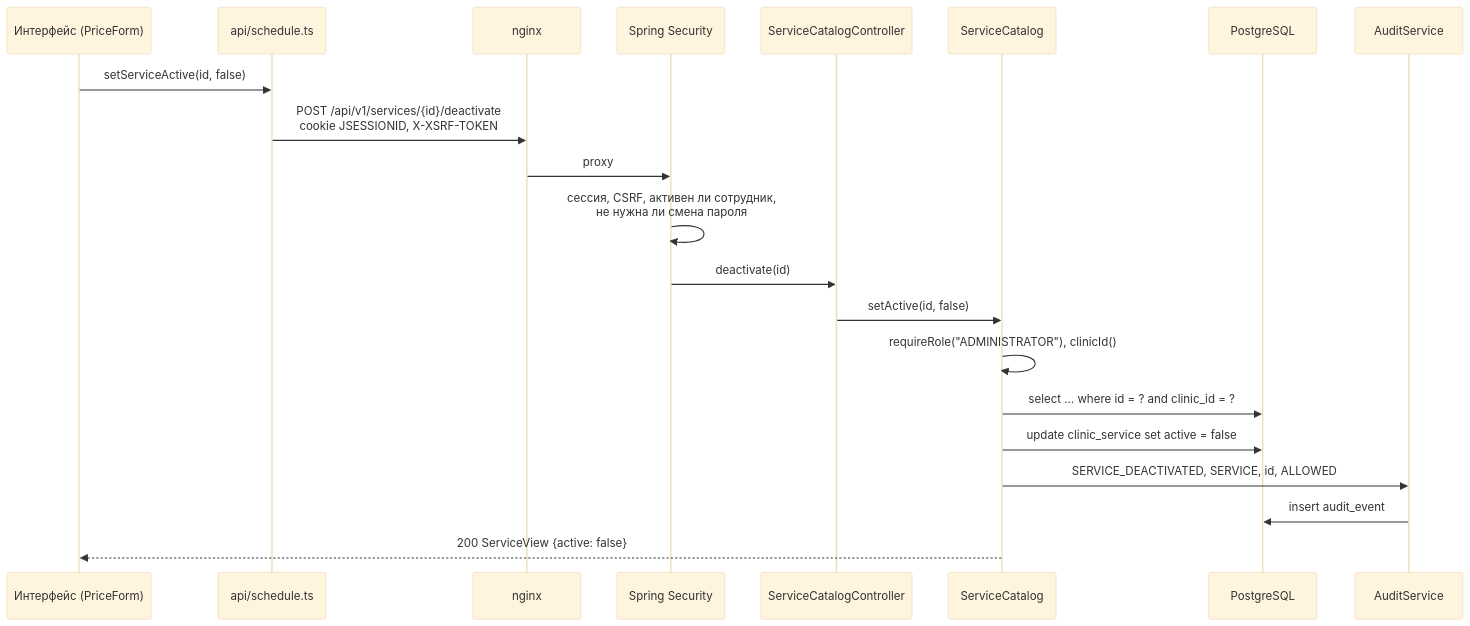
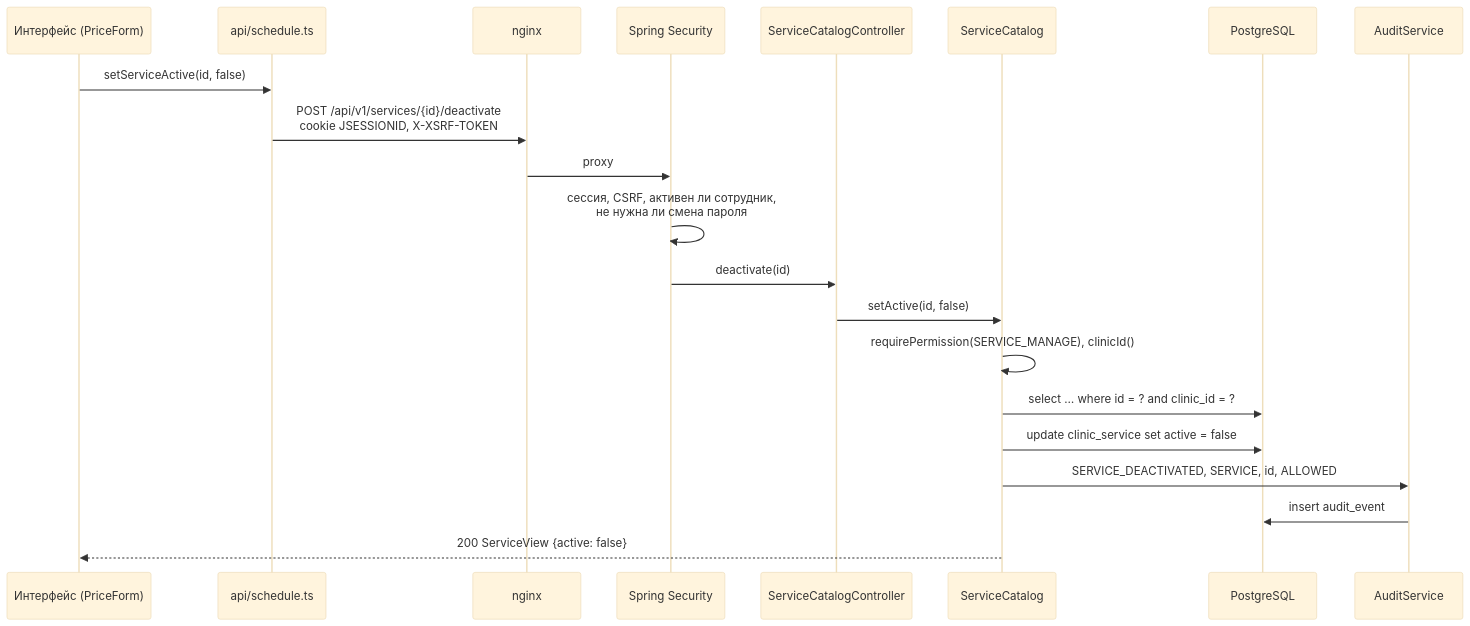
The third of 5 diagrams in docs/architecture.md (IlyaSimis/AlphaCRM), drawn with Mermaid (base theme) before and after one commit. The commit also changed other lines of this file and 3 other files, not shown here.

````diff
--- a/docs/architecture.md
+++ b/docs/architecture.md
@@ -127,24 +136,24 @@
 ```mermaid
 sequenceDiagram
     participant UI as Интерфейс (PriceForm)
     participant C as api/schedule.ts
     participant N as nginx
     participant S as Spring Security
     participant Ctl as ServiceCatalogController
     participant Svc as ServiceCatalog
     participant DB as PostgreSQL
     participant A as AuditService
 
     UI->>C: setServiceActive(id, false)
     C->>N: POST /api/v1/services/{id}/deactivate<br/>cookie JSESSIONID, X-XSRF-TOKEN
     N->>S: proxy
     S->>S: сессия, CSRF, активен ли сотрудник,<br/>не нужна ли смена пароля
     S->>Ctl: deactivate(id)
     Ctl->>Svc: setActive(id, false)
-    Svc->>Svc: requireRole("ADMINISTRATOR"), clinicId()
+    Svc->>Svc: requirePermission(SERVICE_MANAGE), clinicId()
     Svc->>DB: select … where id = ? and clinic_id = ?
     Svc->>DB: update clinic_service set active = false
     Svc->>A: SERVICE_DEACTIVATED, SERVICE, id, ALLOWED
     A->>DB: insert audit_event
     Svc-->>UI: 200 ServiceView {active: false}
 ```
````
